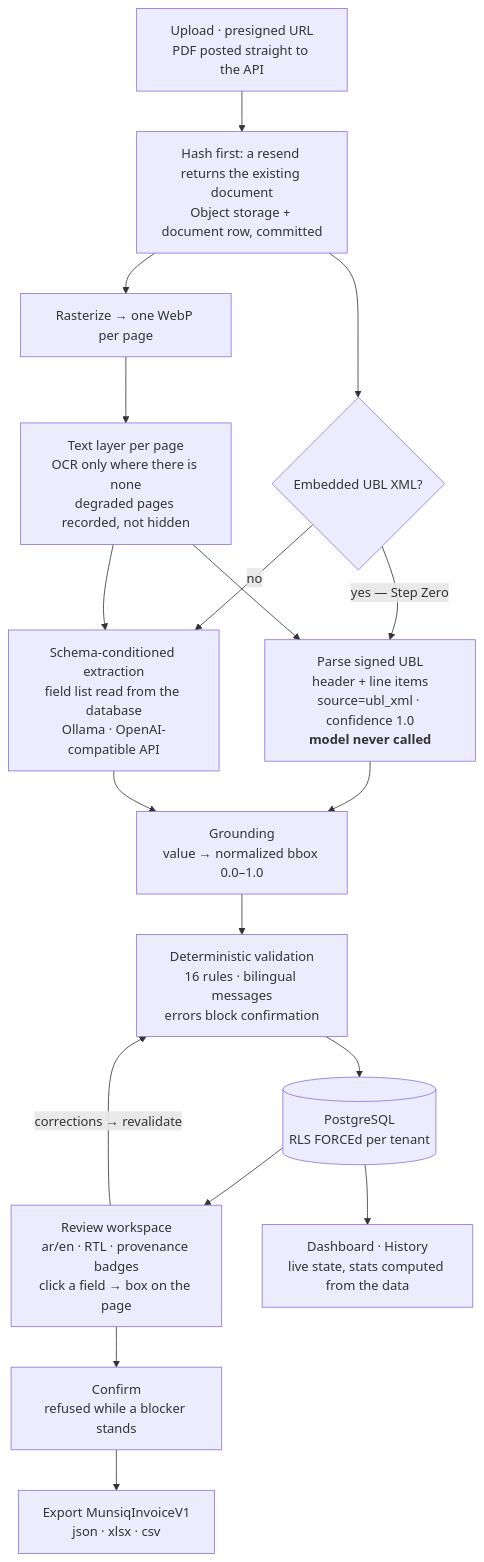
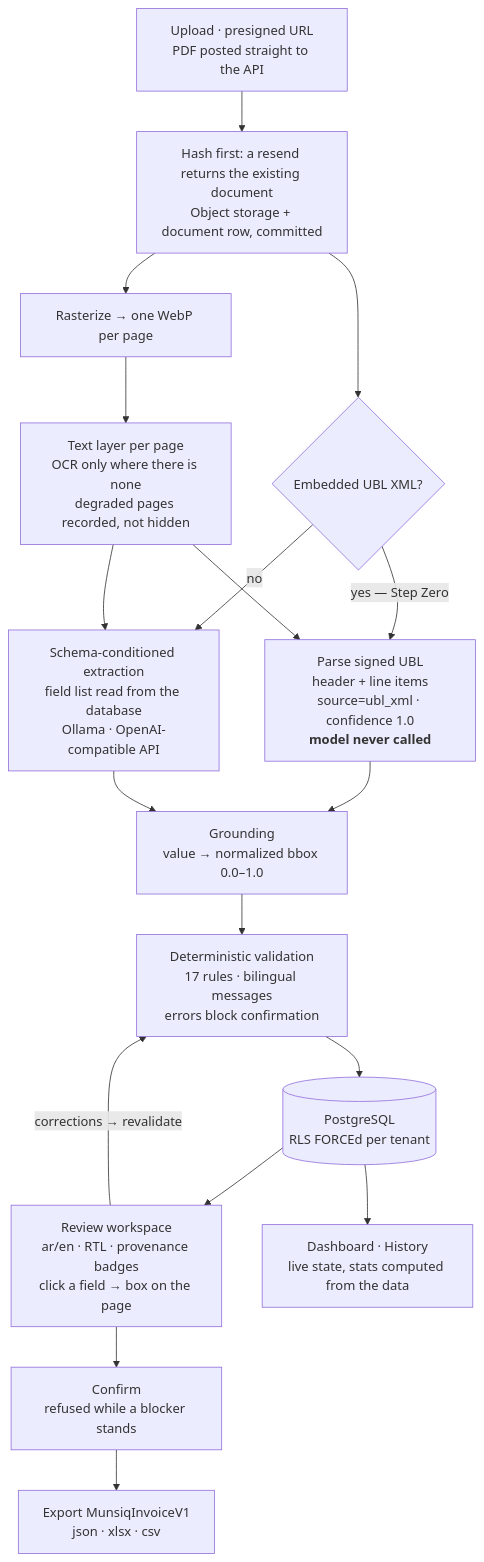
Before and after one commit to MuathDs/munsiq: the diagram in README.md, drawn with Mermaid. The commit also changed other lines of this file and 22 other files, not shown here.

````diff
--- a/README.md
+++ b/README.md
@@ -36,20 +36,20 @@
 ```mermaid
 flowchart TD
     A["Upload · presigned URL<br/>PDF posted straight to the API"] --> B["Hash first: a resend returns the existing document<br/>Object storage + document row, committed"]
     B --> C{"Embedded UBL XML?"}
     C -->|"yes — Step Zero"| D["Parse signed UBL<br/>header + line items<br/>source=ubl_xml · confidence 1.0<br/><b>model never called</b>"]
     C -->|"no"| E["Schema-conditioned extraction<br/>field list read from the database<br/>Ollama · OpenAI-compatible API"]
     B --> F["Rasterize → one WebP per page"]
     F --> G["Text layer per page<br/>OCR only where there is none<br/>degraded pages recorded, not hidden"]
     G --> D
     G --> E
     D --> H["Grounding<br/>value → normalized bbox 0.0–1.0"]
     E --> H
-    H --> I["Deterministic validation<br/>16 rules · bilingual messages<br/>errors block confirmation"]
+    H --> I["Deterministic validation<br/>17 rules · bilingual messages<br/>errors block confirmation"]
     I --> J[("PostgreSQL<br/>RLS FORCEd per tenant")]
     J --> K["Review workspace<br/>ar/en · RTL · provenance badges<br/>click a field → box on the page"]
     K -->|"corrections → revalidate"| I
     K --> L["Confirm<br/>refused while a blocker stands"]
     L --> M["Export MunsiqInvoiceV1<br/>json · xlsx · csv"]
     J --> N["Dashboard · History<br/>live state, stats computed from the data"]
 ```
````
